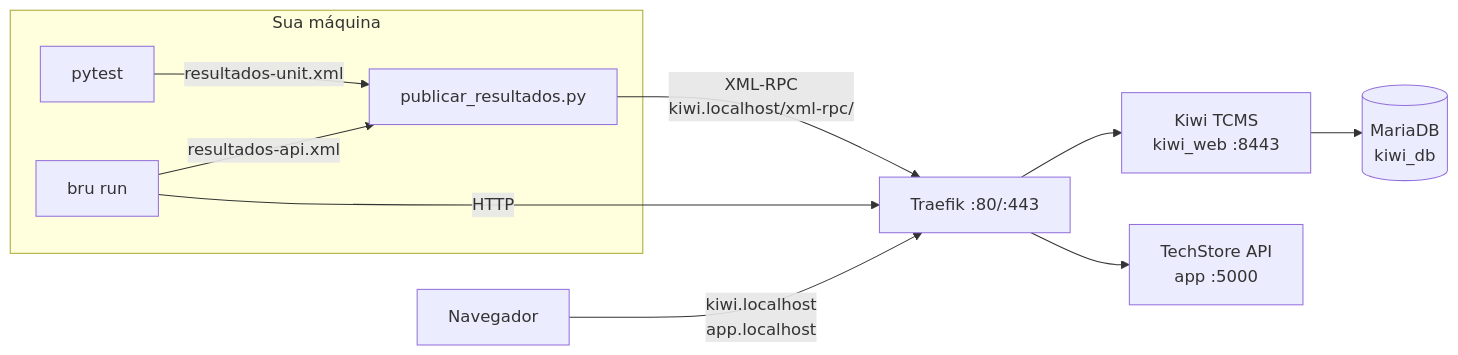
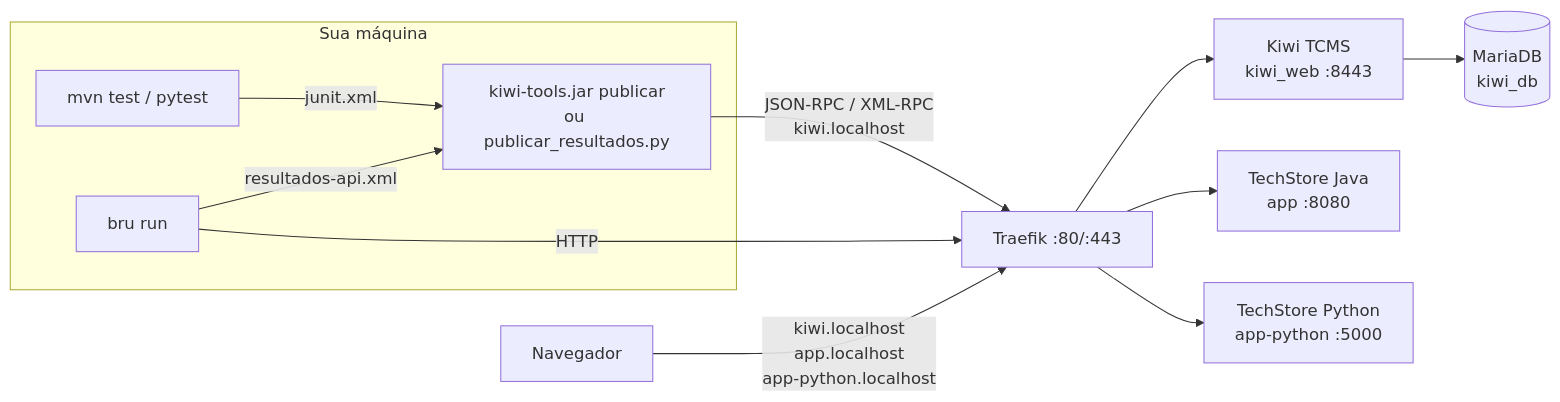
One commit to giovanebarcelos/gqs-sandbox changed the first of 2 diagrams in class24/lab-kiwi/GQS24-Tutorial-KiwiTCMS-TechStore.md. Above: the diagram before and after it, drawn with Mermaid. The commit also changed other lines of this file and 43 other files, not shown here.

First line of the commit message:
feat(class24): versão Java do laboratório Kiwi TCMS (principal) mantendo a Python

````diff
--- a/class24/lab-kiwi/GQS24-Tutorial-KiwiTCMS-TechStore.md
+++ b/class24/lab-kiwi/GQS24-Tutorial-KiwiTCMS-TechStore.md
@@ -26,13 +39,14 @@
 ```mermaid
 flowchart LR
-    nav[Navegador] -->|kiwi.localhost<br/>app.localhost| T[Traefik :80/:443]
+    nav[Navegador] -->|kiwi.localhost<br/>app.localhost<br/>app-python.localhost| T[Traefik :80/:443]
     T --> K[Kiwi TCMS<br/>kiwi_web :8443]
-    T --> A[TechStore API<br/>app :5000]
+    T --> AJ[TechStore Java<br/>app :8080]
+    T --> AP[TechStore Python<br/>app-python :5000]
     K --> DB[(MariaDB<br/>kiwi_db)]
     subgraph host[Sua máquina]
-      P[pytest] -->|resultados-unit.xml| PUB[publicar_resultados.py]
+      J[mvn test / pytest] -->|junit.xml| PUB[kiwi-tools.jar publicar<br/>ou publicar_resultados.py]
       B[bru run] -->|resultados-api.xml| PUB
     end
     B -->|HTTP| T
-    PUB -->|XML-RPC<br/>kiwi.localhost/xml-rpc/| T
+    PUB -->|JSON-RPC / XML-RPC<br/>kiwi.localhost| T
 ```
````
